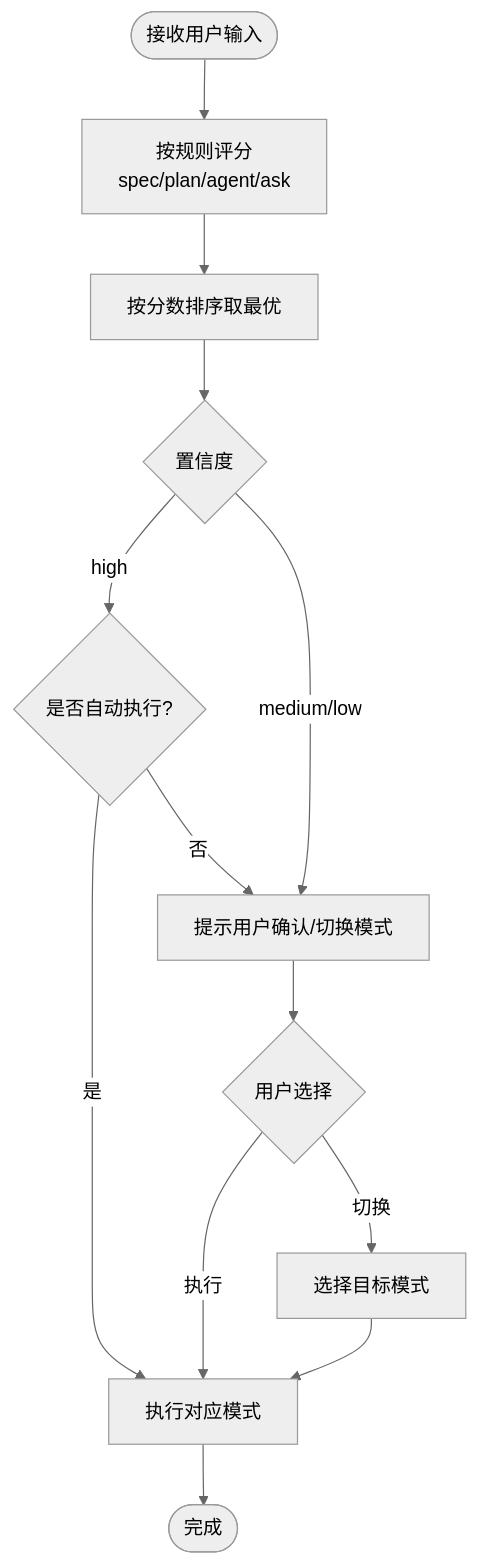
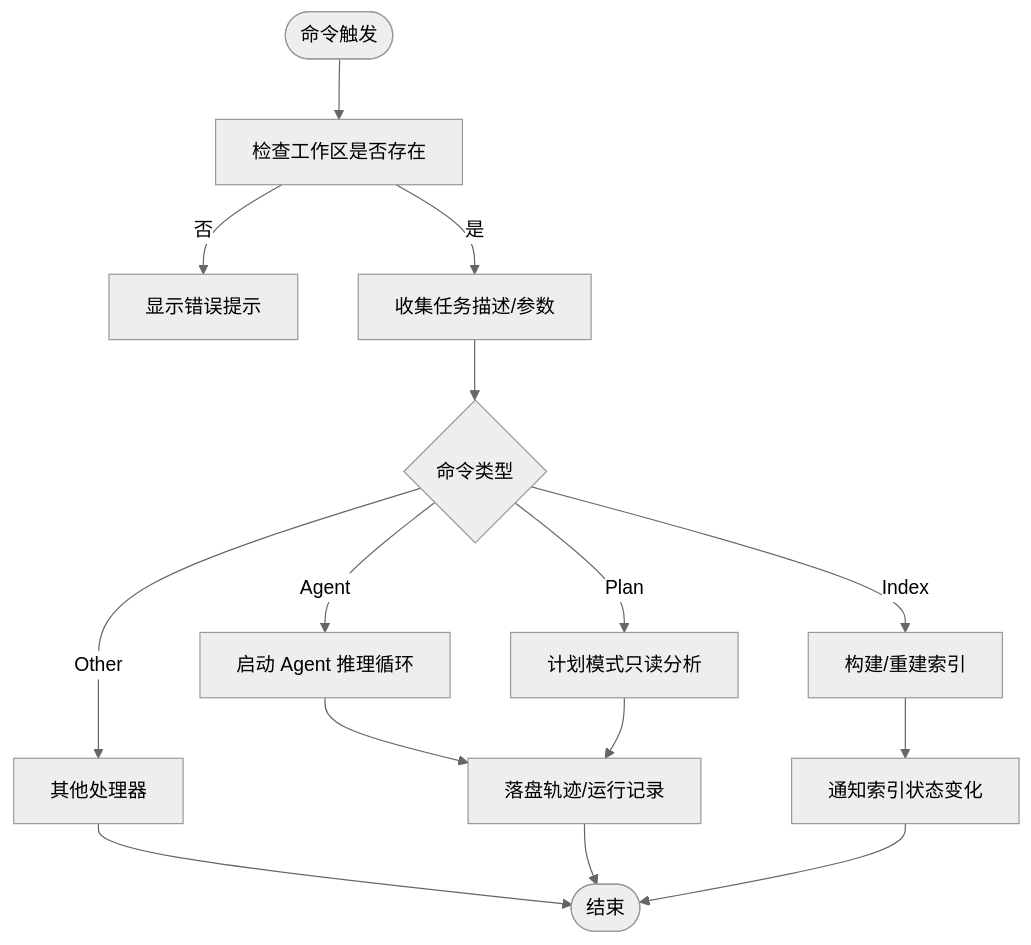
One commit to sofate798/KodrixCode changed the third of 10 diagrams in .qoder/repowiki/zh/content/架构设计/数据流设计.md. Above: the diagram before and after it, drawn with Mermaid (neutral theme). The commit also changed other lines of this file and 178 other files, not shown here.

````diff
--- a/.qoder/repowiki/zh/content/架构设计/数据流设计.md
+++ b/.qoder/repowiki/zh/content/架构设计/数据流设计.md
@@ -134,15 +120,17 @@
 ```mermaid
 flowchart TD
-Start(["接收用户输入"]) --> Score["按规则评分<br/>spec/plan/agent/ask"]
-Score --> Sort["按分数排序取最优"]
-Sort --> Confidence{"置信度"}
-Confidence --> |high| AutoExec{"是否自动执行?"}
-Confidence --> |medium/low| Confirm["提示用户确认/切换模式"]
-AutoExec --> |是| Exec["执行对应模式"]
-AutoExec --> |否| Confirm
-Confirm --> Choice{"用户选择"}
-Choice --> |执行| Exec
-Choice --> |切换| Pick["选择目标模式"]
-Pick --> Exec
-Exec --> End(["完成"])
+Start(["命令触发"]) --> Validate["检查工作区是否存在"]
+Validate --> |否| ShowError["显示错误提示"]
+Validate --> |是| Collect["收集任务描述/参数"]
+Collect --> Route{"命令类型"}
+Route --> |Agent| RunAgent["启动 Agent 推理循环"]
+Route --> |Plan| PlanOnly["计划模式只读分析"]
+Route --> |Index| BuildIndex["构建/重建索引"]
+Route --> |Other| OtherHandler["其他处理器"]
+RunAgent --> Persist["落盘轨迹/运行记录"]
+PlanOnly --> Persist
+BuildIndex --> Notify["通知索引状态变化"]
+OtherHandler --> End(["结束"])
+Persist --> End
+Notify --> End
 ```
````
